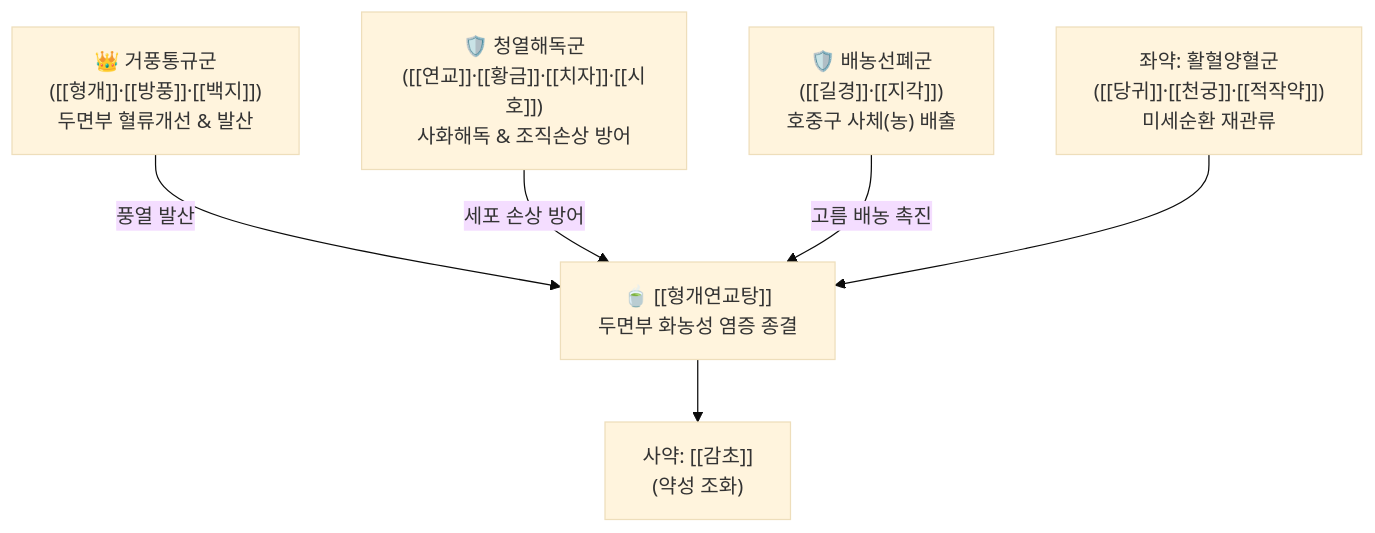
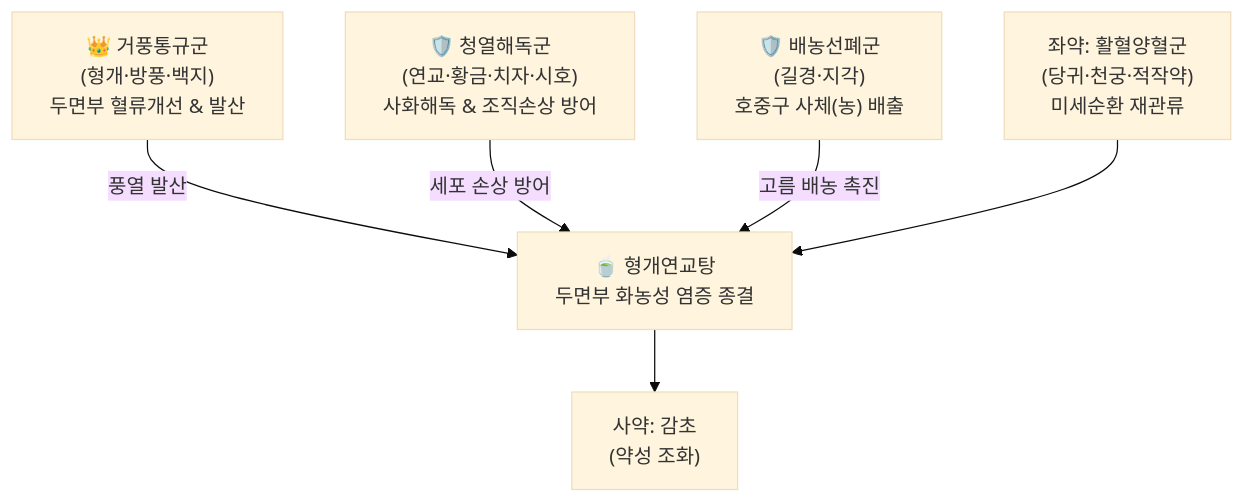
One commit to simbio11/simbio-digital-garden2 changed the diagram in content/2. 약리 공부/처방/01_해표제/형개연교탕.md. Above: the diagram before and after it, drawn with Mermaid (base theme). The commit also changed other lines of this file and 323 other files, not shown here.

````diff
--- a/content/2. 약리 공부/처방/01_해표제/형개연교탕.md
+++ b/content/2. 약리 공부/처방/01_해표제/형개연교탕.md
@@ -61,8 +63,8 @@
 ```mermaid
 graph TD
-    GF["👑 거풍통규군<br>([[형개]]·[[방풍]]·[[백지]])<br>두면부 혈류개선 & 발산"] -->|풍열 발산| TOTAL["🍵 [[형개연교탕]]<br>두면부 화농성 염증 종결"]
-    QR["🛡️ 청열해독군<br>([[연교]]·[[황금]]·[[치자]]·[[시호]])<br>사화해독 & 조직손상 방어"] -->|세포 손상 방어| TOTAL
-    BN["🛡️ 배농선폐군<br>([[길경]]·[[지각]])<br>호중구 사체(농) 배출"] -->|고름 배농 촉진| TOTAL
-    HH["좌약: 활혈양혈군<br>([[당귀]]·[[천궁]]·[[적작약]])<br>미세순환 재관류"] --> TOTAL
-    TOTAL --> GC["사약: [[감초]]<br>(약성 조화)"]
+    GF["👑 거풍통규군<br>(형개·방풍·백지)<br>두면부 혈류개선 & 발산"] -->|풍열 발산| TOTAL["🍵 형개연교탕<br>두면부 화농성 염증 종결"]
+    QR["🛡️ 청열해독군<br>(연교·황금·치자·시호)<br>사화해독 & 조직손상 방어"] -->|세포 손상 방어| TOTAL
+    BN["🛡️ 배농선폐군<br>(길경·지각)<br>호중구 사체(농) 배출"] -->|고름 배농 촉진| TOTAL
+    HH["좌약: 활혈양혈군<br>(당귀·천궁·적작약)<br>미세순환 재관류"] --> TOTAL
+    TOTAL --> GC["사약: 감초<br>(약성 조화)"]
 ```
````
